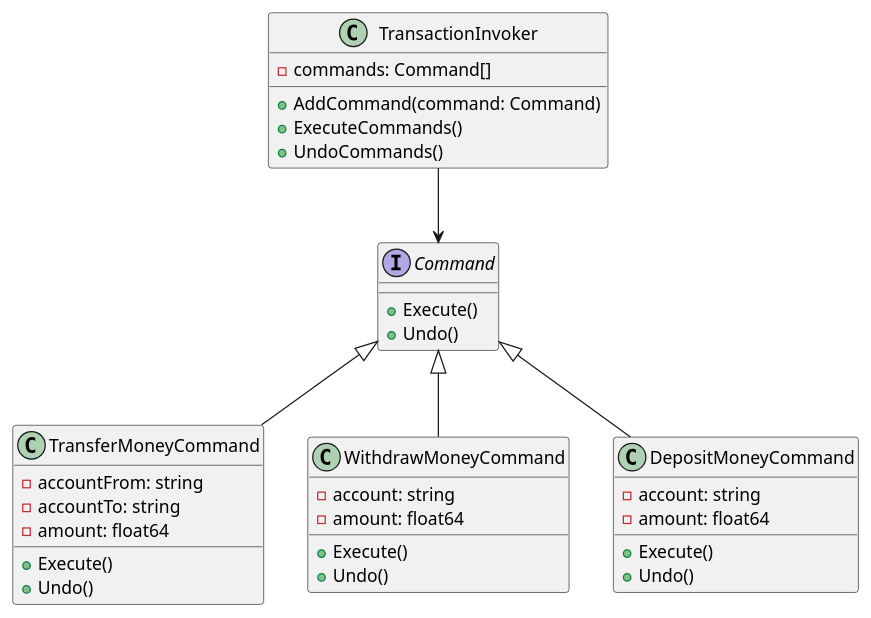
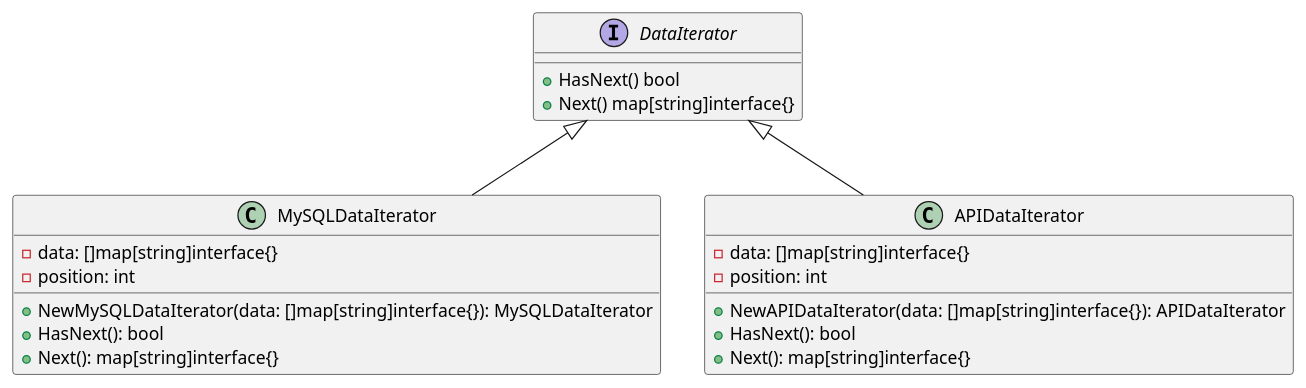
The diagram in klassifikaciya-patternov/povedencheskie-patterny-behavioral-patterns/iterator-iterator/primery/integraciya-dannykh-iz-razlichnykh-istochnikov/go.md (andrewovchinnikov/design-patterns), drawn with PlantUML before and after one commit. The commit also changed other lines of this file and 101 other files, not shown here.

````diff
--- a/klassifikaciya-patternov/povedencheskie-patterny-behavioral-patterns/iterator-iterator/primery/integraciya-dannykh-iz-razlichnykh-istochnikov/go.md
+++ b/klassifikaciya-patternov/povedencheskie-patterny-behavioral-patterns/iterator-iterator/primery/integraciya-dannykh-iz-razlichnykh-istochnikov/go.md
@@ -136,44 +124,29 @@
 ```plantuml
 @startuml
 
-interface Command {
-    +Execute()
-    +Undo()
+interface DataIterator {
+    +HasNext() bool
+    +Next() map[string]interface{}
 }
 
-class TransferMoneyCommand {
-    -accountFrom: string
-    -accountTo: string
-    -amount: float64
-    +Execute()
-    +Undo()
+class MySQLDataIterator {
+    -data: []map[string]interface{}
+    -position: int
+    +NewMySQLDataIterator(data: []map[string]interface{}): MySQLDataIterator
+    +HasNext(): bool
+    +Next(): map[string]interface{}
 }
 
-class WithdrawMoneyCommand {
-    -account: string
-    -amount: float64
-    +Execute()
-    +Undo()
+class APIDataIterator {
+    -data: []map[string]interface{}
+    -position: int
+    +NewAPIDataIterator(data: []map[string]interface{}): APIDataIterator
+    +HasNext(): bool
+    +Next(): map[string]interface{}
 }
 
-class DepositMoneyCommand {
-    -account: string
-    -amount: float64
-    +Execute()
-    +Undo()
-}
-
-class TransactionInvoker {
-    -commands: Command[]
-    +AddCommand(command: Command)
-    +ExecuteCommands()
-    +UndoCommands()
-}
-
-Command <|-- TransferMoneyCommand
-Command <|-- WithdrawMoneyCommand
-Command <|-- DepositMoneyCommand
-TransactionInvoker --> Command
+DataIterator <|-- MySQLDataIterator
+DataIterator <|-- APIDataIterator
 
 @enduml
 ```
````
